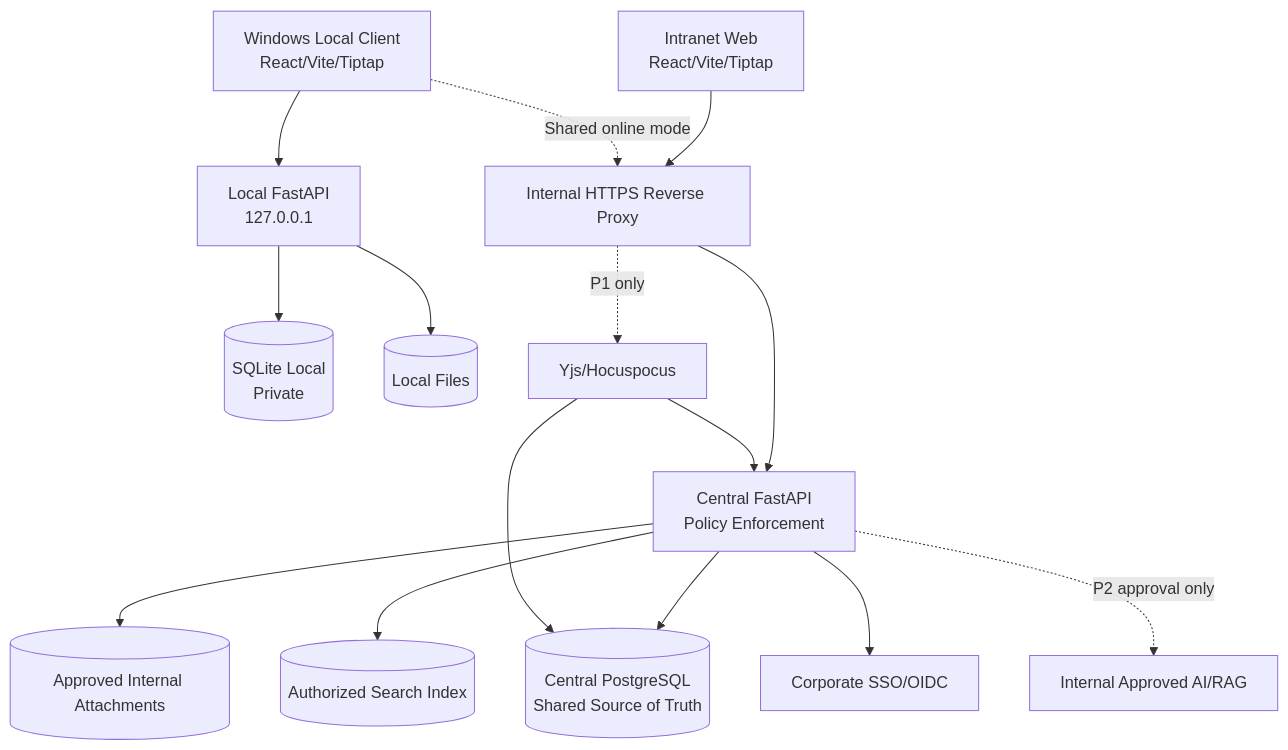
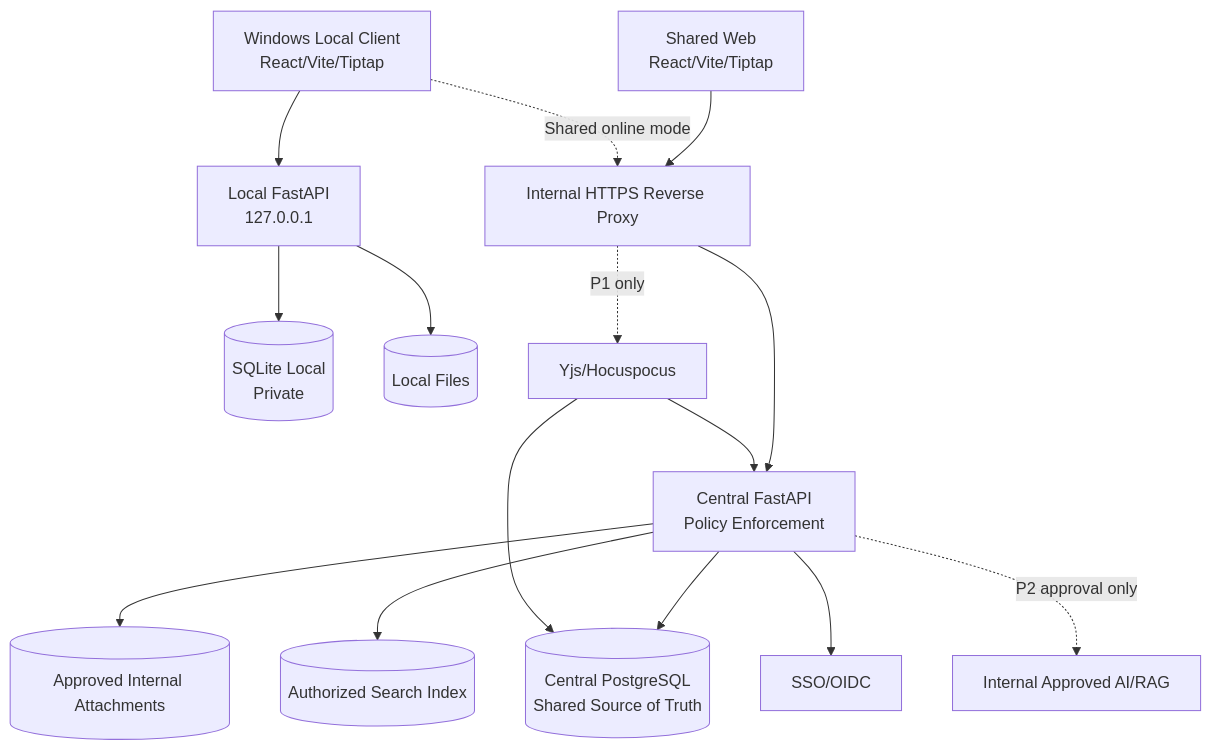
One commit to hyunheaven/my-workspace changed the diagram in docs/ARCHITECTURE.md. Above: the diagram before and after it, drawn with Mermaid. The commit also changed other lines of this file and 78 other files, not shown here.

````diff
--- a/docs/ARCHITECTURE.md
+++ b/docs/ARCHITECTURE.md
@@ -6,23 +6,23 @@
 ```mermaid
 flowchart TB
   LC[Windows Local Client
 React/Vite/Tiptap] --> LA[Local FastAPI
 127.0.0.1]
   LA --> LDB[(SQLite Local
 Private)]
   LA --> LFS[(Local Files)]
-  IW[Intranet Web
+  IW[Shared Web
 React/Vite/Tiptap] --> GW[Internal HTTPS Reverse Proxy]
   LC -. Shared online mode .-> GW
   GW --> API[Central FastAPI
 Policy Enforcement]
   API --> PG[(Central PostgreSQL
 Shared Source of Truth)]
   API --> AFS[(Approved Internal Attachments)]
   API --> IDX[(Authorized Search Index)]
-  API --> SSO[Corporate SSO/OIDC]
+  API --> SSO[SSO/OIDC]
   GW -. P1 only .-> WS[Yjs/Hocuspocus]
   WS --> API
   WS --> PG
   API -. P2 approval only .-> AI[Internal Approved AI/RAG]
 ```
````
